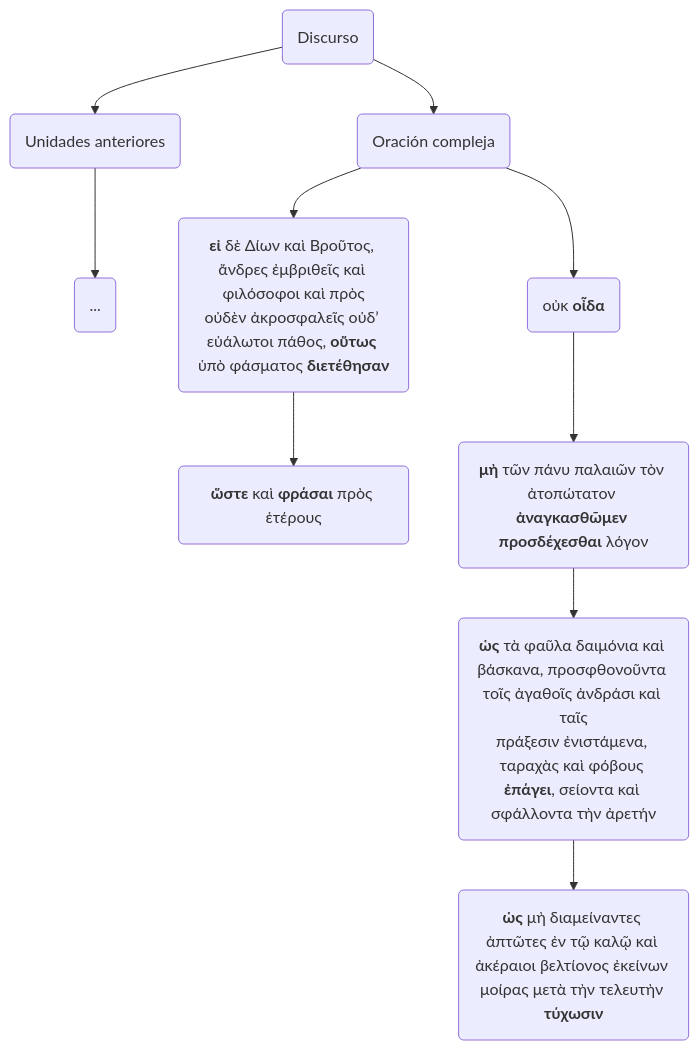
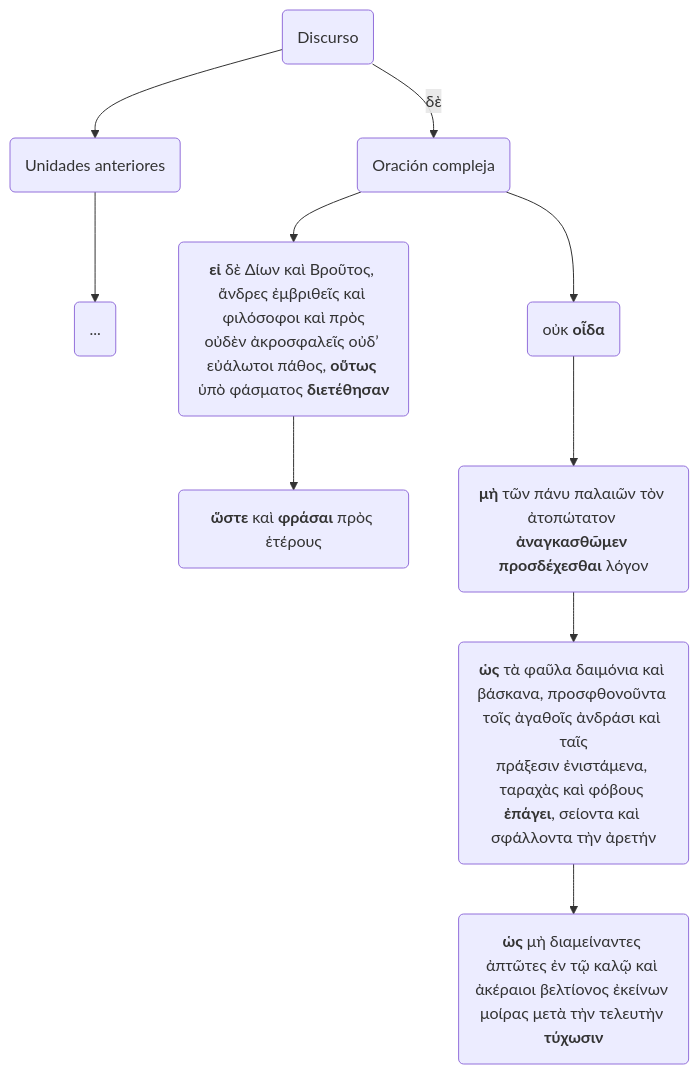
Before and after one commit to pajaro1966/Asignaturas: diagram 15 of 55 in docs/Plutarch_Dion/Dion.md, drawn with Mermaid. The commit also changed 106 other files, not shown here.

````diff
--- a/docs/Plutarch_Dion/Dion.md
+++ b/docs/Plutarch_Dion/Dion.md
@@ -335,11 +335,11 @@
     ```mermaid
     graph TB
     A("Discurso")-->B("Unidades anteriores")-->B1("...")
-    A-->C("Oración compleja")
+    A-->|"δὲ"|C("Oración compleja")
     C-->D("<b>εἰ</b> δὲ Δίων καὶ Βροῦτος, ἄνδρες ἐμβριθεῖς καὶ φιλόσοφοι καὶ πρὸς<br>οὐδὲν ἀκροσφαλεῖς οὐδʼ εὐάλωτοι πάθος, <b>οὕτως</b> ὑπὸ φάσματος <b>διετέθησαν</b>")
     D-->E("<b>ὥστε</b> καὶ <b>φράσαι</b> πρὸς ἑτέρους")
     C-->F("οὐκ <b>οἶδα</b>")
     F-->G("<b>μὴ</b> τῶν πάνυ παλαιῶν τὸν ἀτοπώτατον <b>ἀναγκασθῶμεν</b> <b>προσδέχεσθαι</b> λόγον")
     G-->H("<b>ὡς</b> τὰ φαῦλα δαιμόνια καὶ βάσκανα, προσφθονοῦντα τοῖς ἀγαθοῖς ἀνδράσι καὶ ταῖς<br>πράξεσιν ἐνιστάμενα, ταραχὰς καὶ φόβους <b>ἐπάγει</b>, σείοντα καὶ σφάλλοντα τὴν ἀρετήν")
     H-->I("<b>ὡς</b> μὴ διαμείναντες ἀπτῶτες ἐν τῷ καλῷ καὶ ἀκέραιοι βελτίονος ἐκείνων μοίρας μετὰ τὴν τελευτὴν <b>τύχωσιν</b>")
     ```
````
